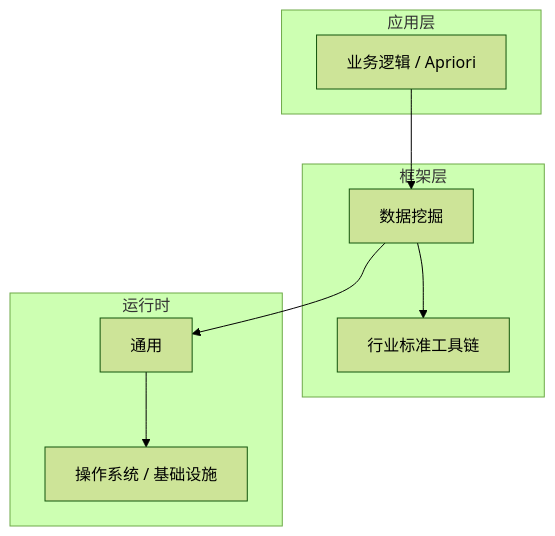
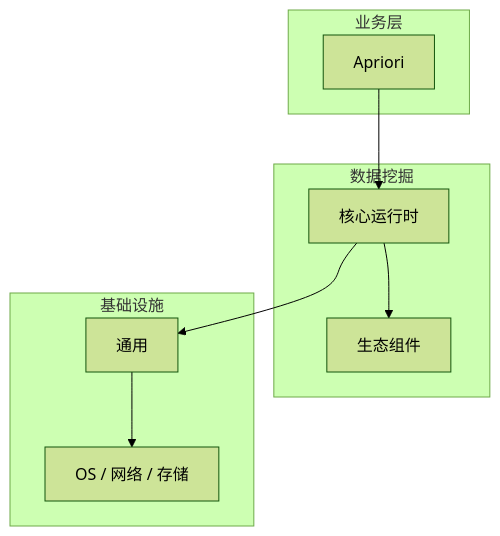
One commit to yanggan2015/knowledge-json-v2 changed the diagram in articles/数据挖掘/chapters/019-Apriori核心概念与原理.md. Above: the diagram before and after it, drawn with Mermaid (forest theme). The commit also changed other lines of this file and 10127 other files, not shown here.

````diff
--- a/articles/数据挖掘/chapters/019-Apriori核心概念与原理.md
+++ b/articles/数据挖掘/chapters/019-Apriori核心概念与原理.md
@@ -45,18 +30,18 @@
 ```mermaid
 graph TB
-    subgraph 应用层
-        A[业务逻辑 / Apriori]
+    subgraph 业务层
+        A[Apriori]
     end
-    subgraph 框架层
-        B[数据挖掘]
-        C[行业标准工具链]
+    subgraph 数据挖掘
+        B[核心运行时]
+        C[生态组件]
     end
-    subgraph 运行时
+    subgraph 基础设施
         D[通用]
-        E[操作系统 / 基础设施]
+        E[OS / 网络 / 存储]
     end
     A --> B
     B --> C
     B --> D
     D --> E
 ```
````
